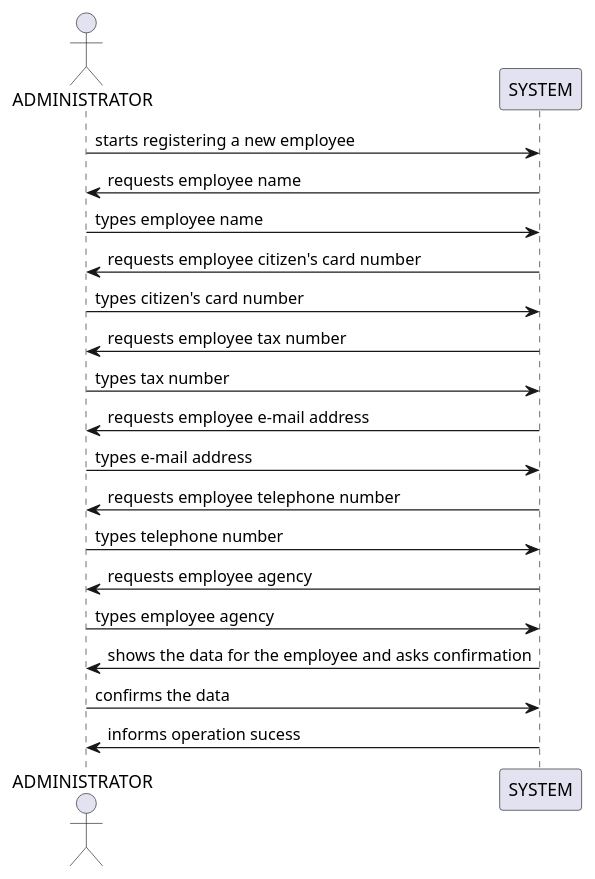
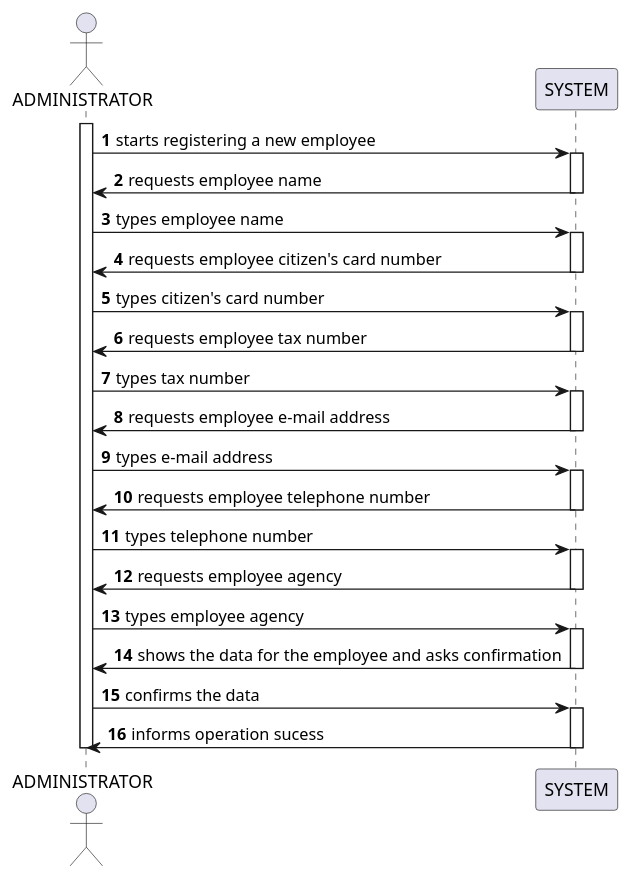
The diagram in docs/sprintB/US03/01.requirements-engineering/puml/SSD.puml (tiagohcorreia/LAPR2), drawn with PlantUML before and after one commit. The commit also changed 3 other files, not shown here.

Commit message:
US003 system sequence diagram updated

```diff
--- a/docs/sprintB/US03/01.requirements-engineering/puml/SSD.puml
+++ b/docs/sprintB/US03/01.requirements-engineering/puml/SSD.puml
@@ -1,39 +1,75 @@
 @startuml
 
 actor ADMINISTRATOR as adm
 participant SYSTEM as ui
 
+autonumber
+
+activate adm
 
 adm -> ui: starts registering a new employee
 
+activate ui
+
 adm <- ui: requests employee name
+
+deactivate ui
 
 adm -> ui: types employee name
 
+activate ui
+
 adm <- ui: requests employee citizen's card number
+
+deactivate ui
 
 adm -> ui: types citizen's card number
 
+activate ui
+
 adm <- ui: requests employee tax number
+
+deactivate ui
 
 adm -> ui: types tax number
 
+activate ui
+
 adm <- ui: requests employee e-mail address
+
+deactivate ui
 
 adm -> ui: types e-mail address
 
+activate ui
+
 adm <- ui: requests employee telephone number
+
+deactivate ui
 
 adm -> ui: types telephone number
 
+activate ui
+
 adm <- ui: requests employee agency
+
+deactivate ui
 
 adm -> ui: types employee agency
 
+activate ui
+
 adm <- ui: shows the data for the employee and asks confirmation
+
+deactivate ui
 
 adm -> ui: confirms the data
 
+activate ui
+
 adm <- ui: informs operation sucess
 
+deactivate adm
+deactivate ui
+
 @enduml
```
